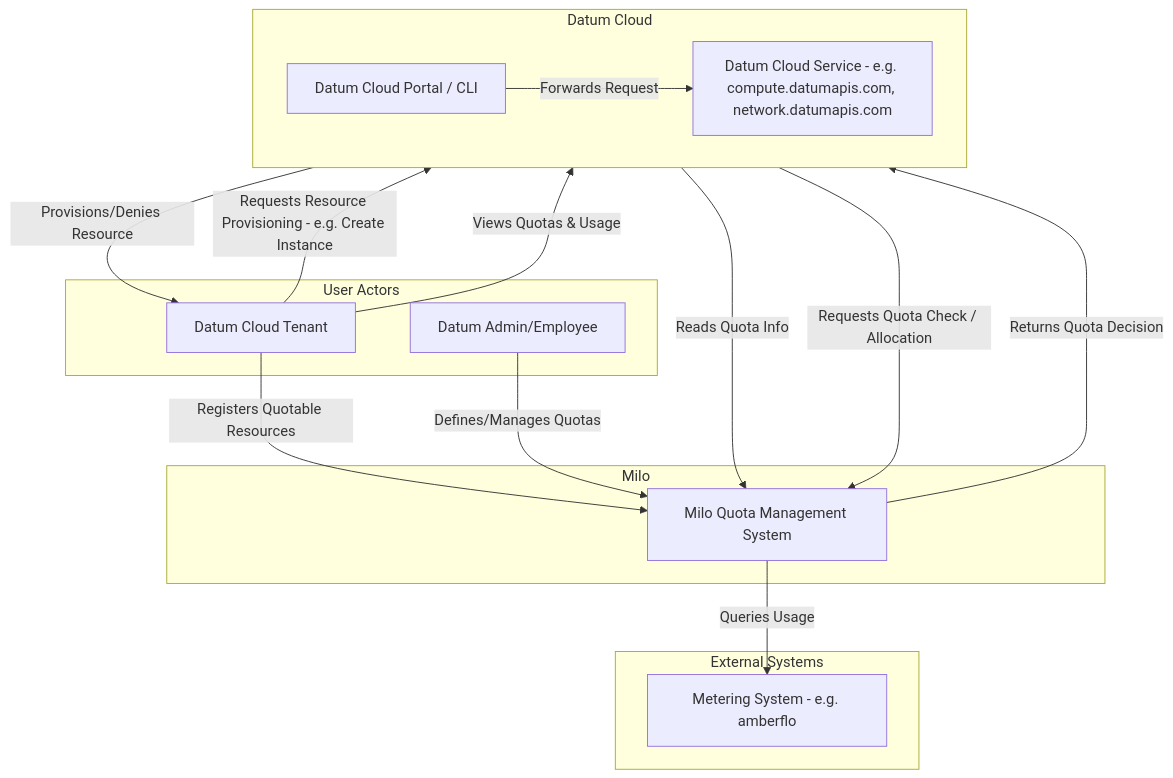
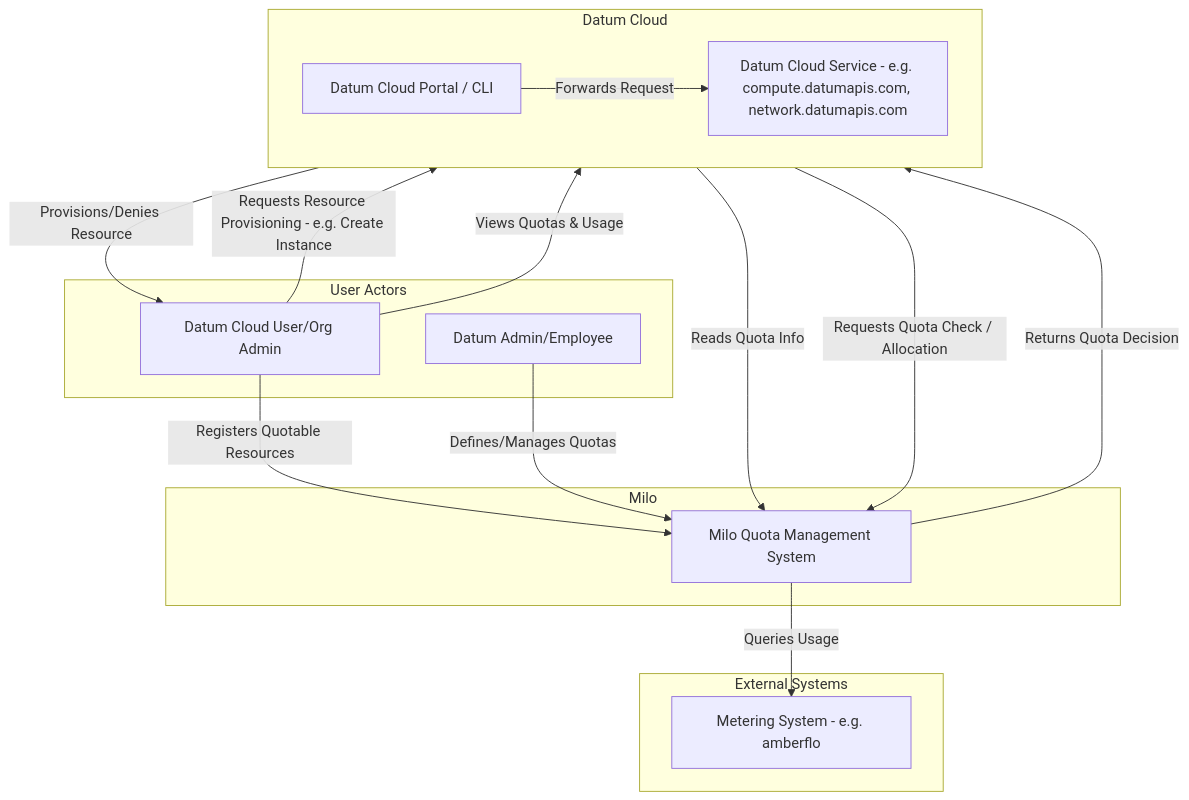
Before and after one commit to datum-cloud/enhancements: the first of 9 diagrams in enhancements/platform/quota-management/README.md, drawn with Mermaid. The commit also changed other lines of this file, not shown here.

````diff
--- a/enhancements/platform/quota-management/README.md
+++ b/enhancements/platform/quota-management/README.md
@@ -995,36 +1224,36 @@
 ```mermaid
 %% C1 - System Context Diagram: Milo Quota Management System
 graph TD
     subgraph User Actors
-        Tenant[Datum Cloud Tenant]
+        Tenant[Datum Cloud User/Org Admin]
         PlatAdmin[Datum Admin/Employee]
     end
 
     subgraph Datum Cloud
         direction LR
         CloudPortal[Datum Cloud Portal / CLI]
         CloudService[Datum Cloud Service - e.g. compute.datumapis.com, network.datumapis.com]
     end
 
     subgraph Milo
         QuotaSystem[Milo Quota Management System]
     end
 
     subgraph External Systems
         MeteringSystem[Metering System - e.g. amberflo]
     end
 
     Tenant -- "Requests Resource Provisioning - e.g. Create Instance" --> CloudPortal
     CloudPortal -- "Forwards Request" --> CloudService
     Tenant -- "Views Quotas & Usage" --> CloudPortal
     CloudPortal -- "Reads Quota Info" --> QuotaSystem
 
     CloudService -- "Requests Quota Check / Allocation" --> QuotaSystem
     QuotaSystem -- "Queries Usage" --> MeteringSystem
     QuotaSystem -- "Returns Quota Decision" --> CloudService
     CloudService -- "Provisions/Denies Resource" --> Tenant
 
     Tenant -- "Registers Quotable Resources" --> QuotaSystem
     PlatAdmin -- "Defines/Manages Quotas" --> QuotaSystem
 
 ```
````
